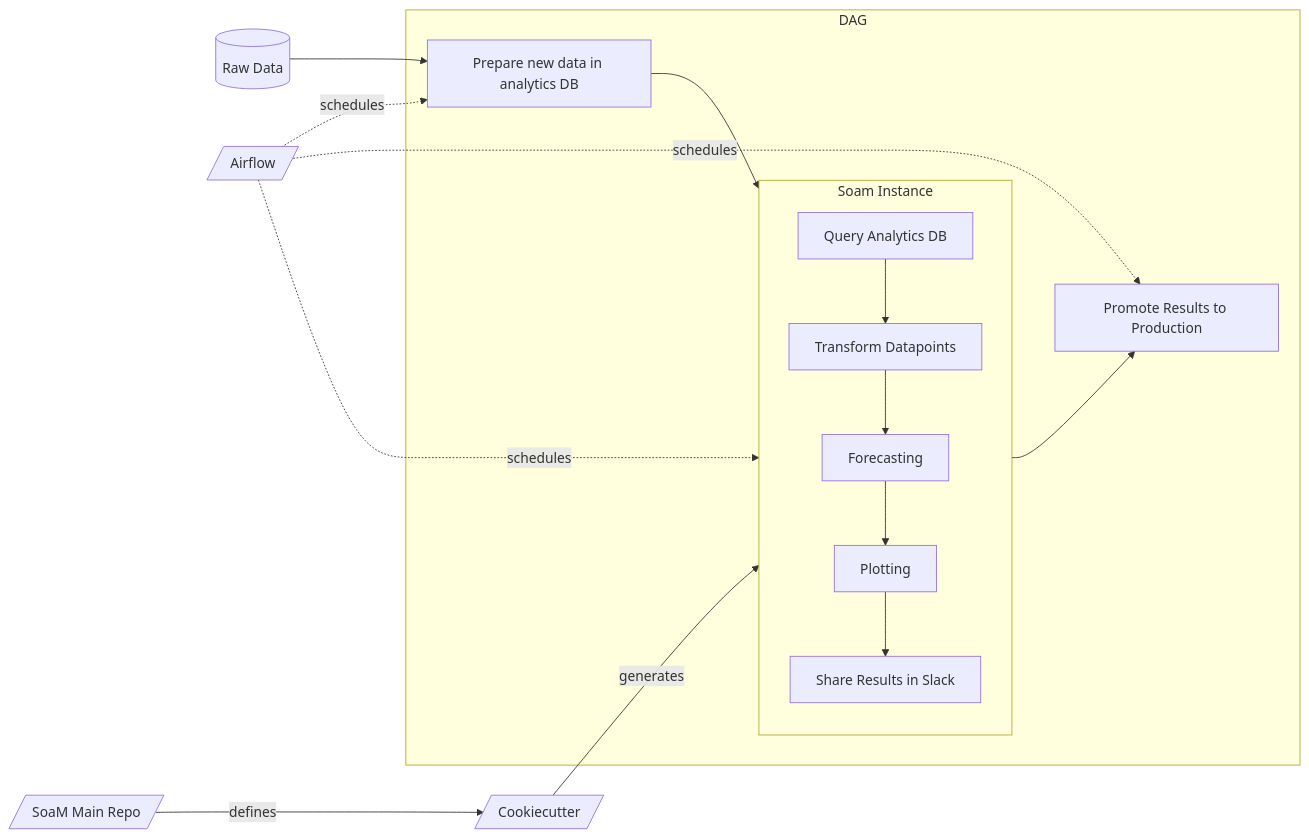
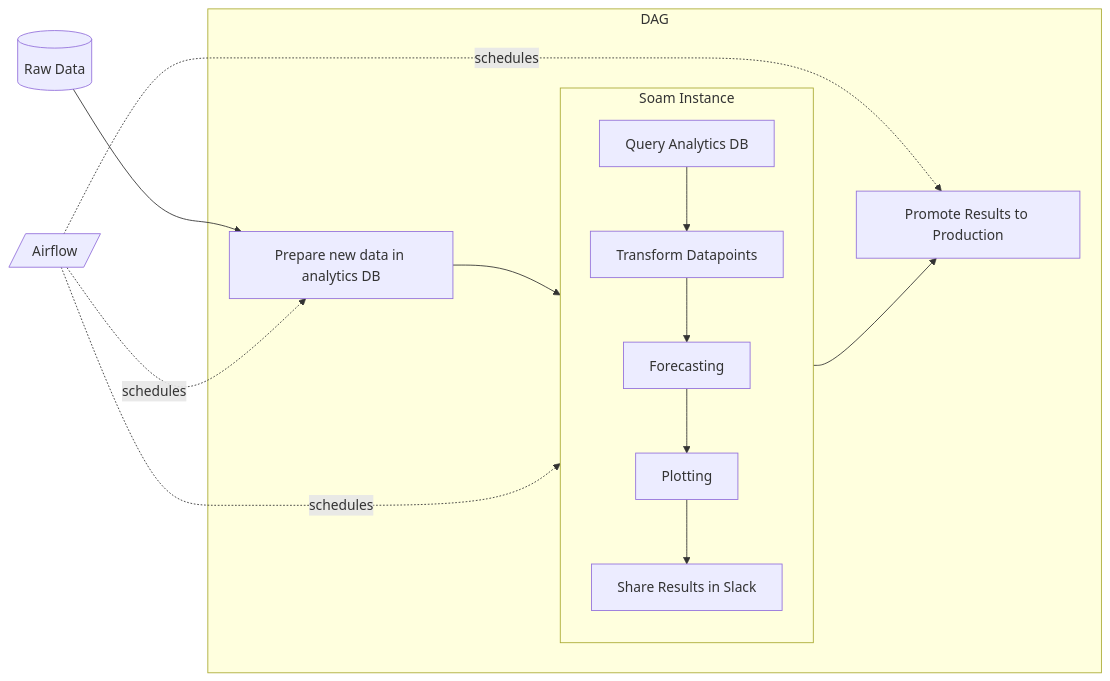
The diagram in end2end.md (MuttData/soam), drawn with Mermaid before and after one commit. The commit also changed other lines of this file and 43 other files, not shown here.

````diff
--- a/end2end.md
+++ b/end2end.md
@@ -7,16 +7,14 @@
 ```mermaid
 flowchart LR;
-  soma_main_repo[/SoaM Main Repo/]--->|defines|cookiecutter[/Cookiecutter/];
   raw_data[(Raw Data)]-->load_daily_abt
-  cookiecutter--generates-->soam_instance;
   subgraph DAG
     soam_instance-->promote_to_prod[Promote Results to Production];
     load_daily_abt[Prepare new data in analytics DB]-->soam_instance[SoaM Instance];
     subgraph soam_instance[Soam Instance]
       querying_db[Query Analytics DB]-->transforming_datapoints[Transform Datapoints]-->forecasting[Forecasting]-->plotting[Plotting]-->share_in_slack[Share Results in Slack]
     end
   end
   airflow[/Airflow/].->|schedules|load_daily_abt;
   airflow[/Airflow/].->|schedules|soam_instance;
   airflow[/Airflow/].->|schedules|promote_to_prod;
 ```
````
